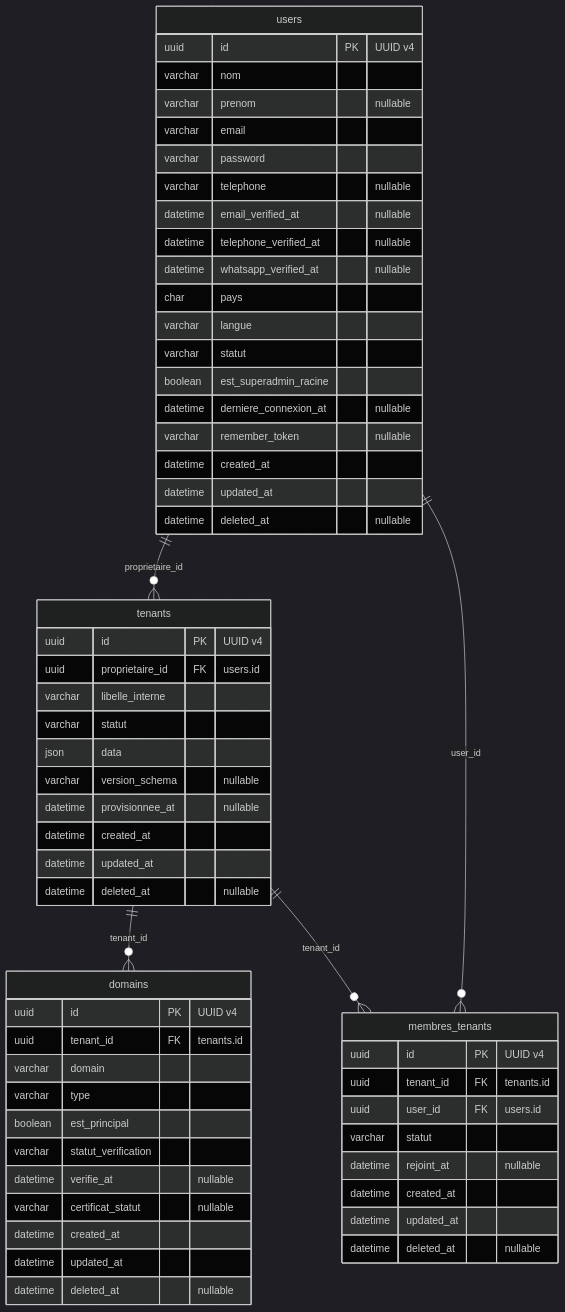
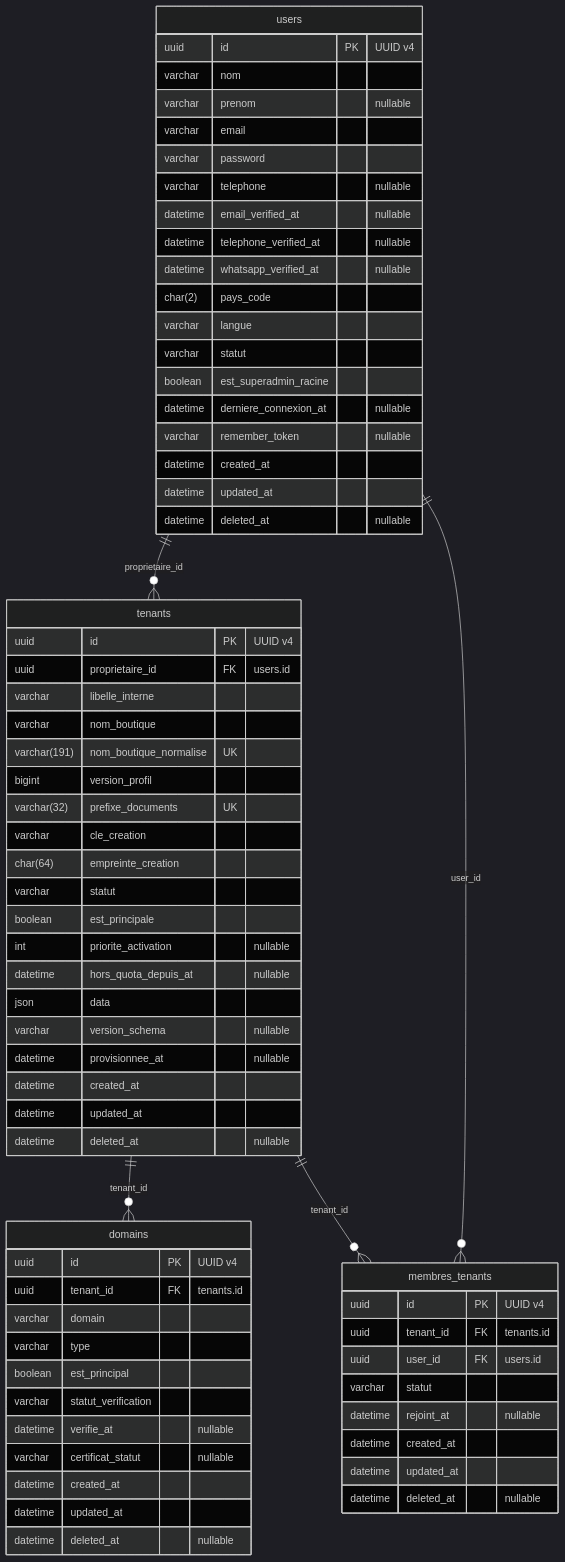
Before and after one commit to unitealfa/saas-ecom: the first of 36 diagrams in Schema-BDD-SaaS-Ecommerce-UUID.md, drawn with Mermaid (dark theme). The commit also changed other lines of this file, not shown here.

````diff
--- a/Schema-BDD-SaaS-Ecommerce-UUID.md
+++ b/Schema-BDD-SaaS-Ecommerce-UUID.md
@@ -79,63 +83,72 @@
 ```mermaid
 erDiagram
     direction TB
     users {
         uuid id PK "UUID v4"
         varchar nom
         varchar prenom "nullable"
         varchar email
         varchar password
         varchar telephone "nullable"
         datetime email_verified_at "nullable"
         datetime telephone_verified_at "nullable"
         datetime whatsapp_verified_at "nullable"
-        char pays
+        char(2) pays_code
         varchar langue
         varchar statut
         boolean est_superadmin_racine
         datetime derniere_connexion_at "nullable"
         varchar remember_token "nullable"
         datetime created_at
         datetime updated_at
         datetime deleted_at "nullable"
     }
     tenants {
         uuid id PK "UUID v4"
         uuid proprietaire_id FK "users.id"
         varchar libelle_interne
+        varchar nom_boutique
+        varchar(191) nom_boutique_normalise UK
+        bigint version_profil
+        varchar(32) prefixe_documents UK
+        varchar cle_creation
+        char(64) empreinte_creation
         varchar statut
+        boolean est_principale
+        int priorite_activation "nullable"
+        datetime hors_quota_depuis_at "nullable"
         json data
         varchar version_schema "nullable"
         datetime provisionnee_at "nullable"
         datetime created_at
         datetime updated_at
         datetime deleted_at "nullable"
     }
     domains {
         uuid id PK "UUID v4"
         uuid tenant_id FK "tenants.id"
         varchar domain
         varchar type
         boolean est_principal
         varchar statut_verification
         datetime verifie_at "nullable"
         varchar certificat_statut "nullable"
         datetime created_at
         datetime updated_at
         datetime deleted_at "nullable"
     }
     membres_tenants {
         uuid id PK "UUID v4"
         uuid tenant_id FK "tenants.id"
         uuid user_id FK "users.id"
         varchar statut
         datetime rejoint_at "nullable"
         datetime created_at
         datetime updated_at
         datetime deleted_at "nullable"
     }
     users ||--o{ tenants : proprietaire_id
     tenants ||--o{ domains : tenant_id
     tenants ||--o{ membres_tenants : tenant_id
     users ||--o{ membres_tenants : user_id
 ```
````
